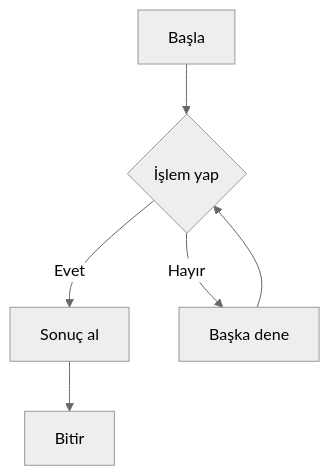
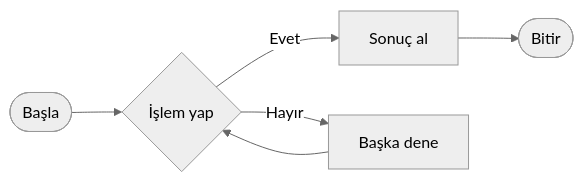
Before and after one commit to abdullatifkaban/Algorithm: the first of 6 diagrams in Topics/01-What-Is-Algorithm.md, drawn with Mermaid (neutral theme). The commit also changed other lines of this file and 23 other files, not shown here.

````diff
--- a/Topics/01-What-Is-Algorithm.md
+++ b/Topics/01-What-Is-Algorithm.md
@@ -10,8 +10,8 @@
 ```mermaid
-flowchart TD
-    A[Başla] --> B{İşlem yap}
+flowchart LR
+    A([Başla]) --> B{İşlem yap}
     B -->|Evet| C[Sonuç al]
     B -->|Hayır| D[Başka dene]
-    C --> E[Bitir]
+    C --> E([Bitir])
     D --> B
 ```
````
